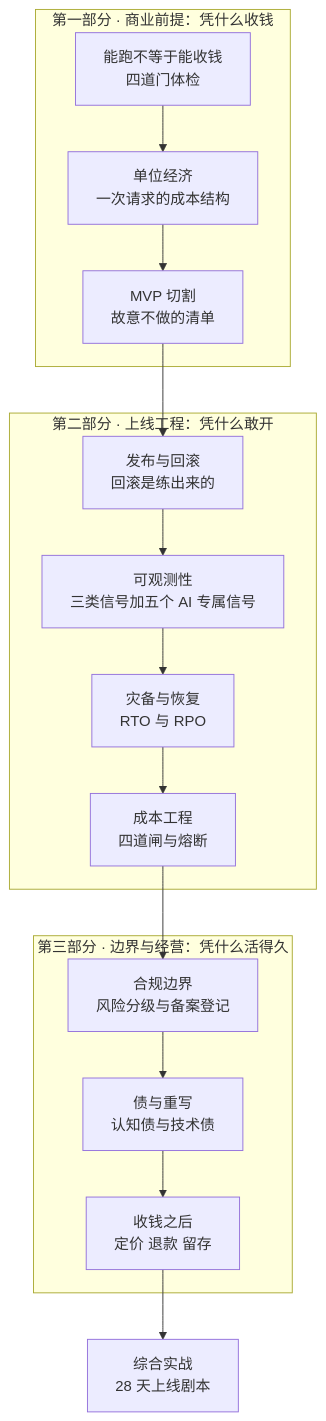
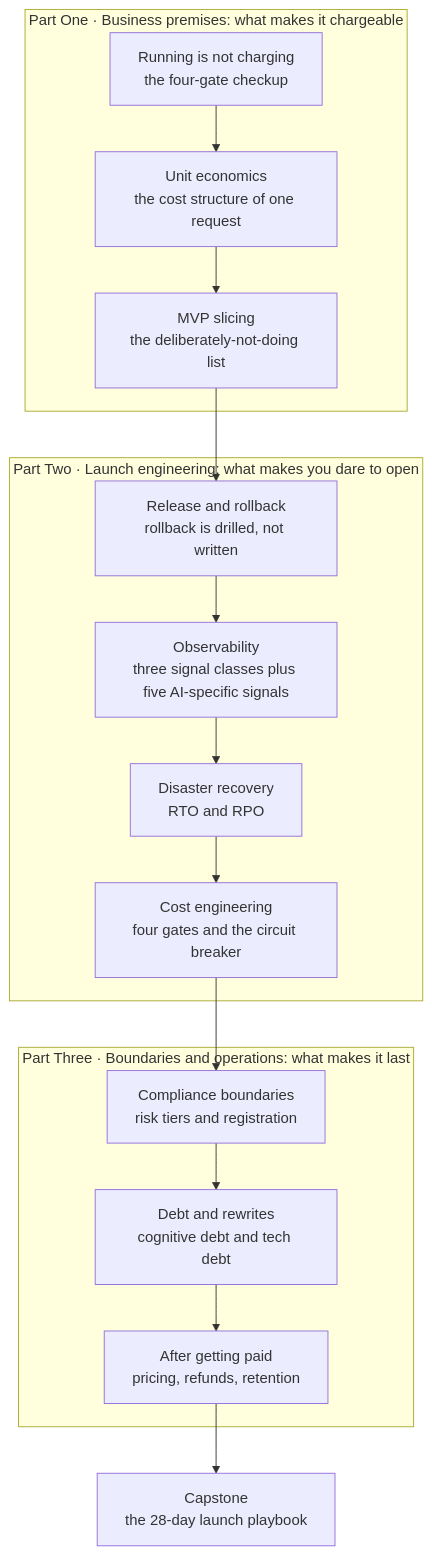
Before and after one commit to xzlxiao/vibe-coding-textbook: the diagram in phase5/README.md, drawn with Mermaid. The commit also changed other lines of this file and 10 other files, not shown here.

````diff
--- a/phase5/README.md
+++ b/phase5/README.md
@@ -78,28 +78,28 @@
 ```mermaid
 flowchart TD
-    subgraph P1["第一部分 · 商业前提：凭什么收钱"]
-        A1["能跑不等于能收钱<br/>四道门体检"]
-        A2["单位经济<br/>一次请求的成本结构"]
-        A3["MVP 切割<br/>故意不做的清单"]
+    subgraph P1["Part One · Business premises: what makes it chargeable"]
+        A1["Running is not charging<br/>the four-gate checkup"]
+        A2["Unit economics<br/>the cost structure of one request"]
+        A3["MVP slicing<br/>the deliberately-not-doing list"]
         A1 --> A2 --> A3
     end
 
-    subgraph P2["第二部分 · 上线工程：凭什么敢开"]
-        B1["发布与回滚<br/>回滚是练出来的"]
-        B2["可观测性<br/>三类信号加五个 AI 专属信号"]
-        B3["灾备与恢复<br/>RTO 与 RPO"]
-        B4["成本工程<br/>四道闸与熔断"]
+    subgraph P2["Part Two · Launch engineering: what makes you dare to open"]
+        B1["Release and rollback<br/>rollback is drilled, not written"]
+        B2["Observability<br/>three signal classes plus five AI-specific signals"]
+        B3["Disaster recovery<br/>RTO and RPO"]
+        B4["Cost engineering<br/>four gates and the circuit breaker"]
         B1 --> B2 --> B3 --> B4
     end
 
-    subgraph P3["第三部分 · 边界与经营：凭什么活得久"]
-        C1["合规边界<br/>风险分级与备案登记"]
-        C2["债与重写<br/>认知债与技术债"]
-        C3["收钱之后<br/>定价 退款 留存"]
+    subgraph P3["Part Three · Boundaries and operations: what makes it last"]
+        C1["Compliance boundaries<br/>risk tiers and registration"]
+        C2["Debt and rewrites<br/>cognitive debt and tech debt"]
+        C3["After getting paid<br/>pricing, refunds, retention"]
         C1 --> C2 --> C3
     end
 
     A3 --> B1
     B4 --> C1
-    C3 --> D1["综合实战<br/>28 天上线剧本"]
+    C3 --> D1["Capstone<br/>the 28-day launch playbook"]
 ```
````
